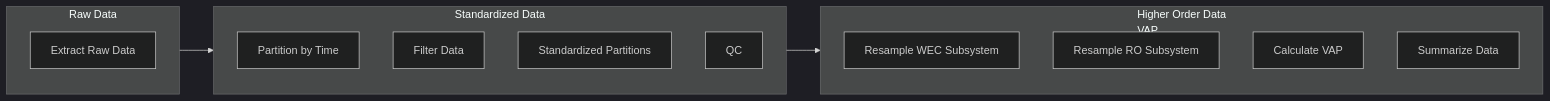
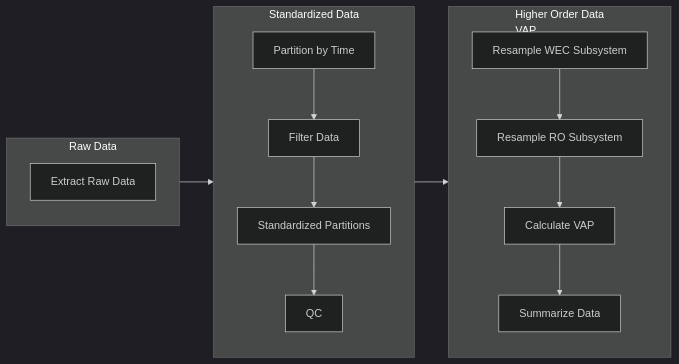
Before and after one commit to NREL/HERO-WEC-2024-Electric-Deployment-Data-Preprocessor: the diagram in README.md, drawn with Mermaid (dark theme).

Commit message:
Docs: Be more explicit about flow

````diff
--- a/README.md
+++ b/README.md
@@ -19,24 +19,29 @@
 ```mermaid
 flowchart LR
     subgraph Raw[Raw Data]
+        direction TB
         B[Extract Raw Data]
     end
 
     subgraph Std[Standardized Data]
         direction TB
         C[Partition by Time]
         D[Filter Data]
         E[Standardized Partitions]
         F[QC]
+
+        C --> D --> E --> F
     end
 
     subgraph High[Higher Order Data\nVAP]
         direction TB
         G[Resample WEC Subsystem]
         H[Resample RO Subsystem]
         J[Calculate VAP]
         K[Summarize Data]
+
+        G --> H --> J --> K
     end
 
 Raw --> Std --> High
 ```
````
